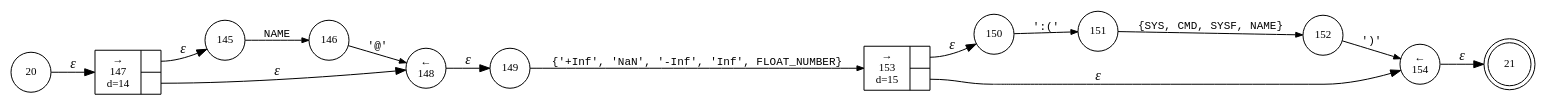
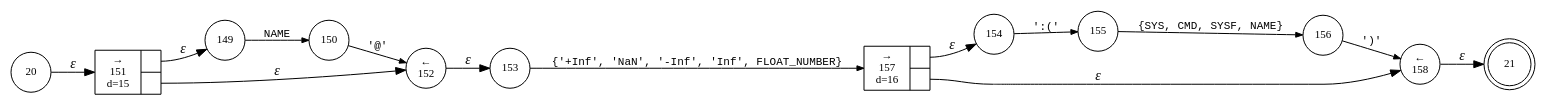
The diagram in internal/parser/Bund.float_term.dot (vulogov/Bund2), drawn with Graphviz before and after one commit. The commit also changed 38 other files, not shown here.

```diff
--- a/internal/parser/Bund.float_term.dot
+++ b/internal/parser/Bund.float_term.dot
@@ -1,28 +1,28 @@
 digraph ATN {
 rankdir=LR;
 s21[fontsize=11, label="21", shape=doublecircle, fixedsize=true, width=.6];
-s145[fontsize=11,label="145", shape=circle, fixedsize=true, width=.55, peripheries=1];
-s146[fontsize=11,label="146", shape=circle, fixedsize=true, width=.55, peripheries=1];
-s147[fontsize=11,label="{&rarr;\n147\nd=14|{<p0>|<p1>}}", shape=record, fixedsize=false, peripheries=1];
 s20[fontsize=11,label="20", shape=circle, fixedsize=true, width=.55, peripheries=1];
-s148[fontsize=11,label="&larr;\n148", shape=circle, fixedsize=true, width=.55, peripheries=1];
 s149[fontsize=11,label="149", shape=circle, fixedsize=true, width=.55, peripheries=1];
 s150[fontsize=11,label="150", shape=circle, fixedsize=true, width=.55, peripheries=1];
-s151[fontsize=11,label="151", shape=circle, fixedsize=true, width=.55, peripheries=1];
-s152[fontsize=11,label="152", shape=circle, fixedsize=true, width=.55, peripheries=1];
-s153[fontsize=11,label="{&rarr;\n153\nd=15|{<p0>|<p1>}}", shape=record, fixedsize=false, peripheries=1];
-s154[fontsize=11,label="&larr;\n154", shape=circle, fixedsize=true, width=.55, peripheries=1];
-s20 -> s147 [fontname="Times-Italic", label="&epsilon;"];
-s147:p0 -> s145 [fontname="Times-Italic", label="&epsilon;"];
-s147:p1 -> s148 [fontname="Times-Italic", label="&epsilon;"];
-s145 -> s146 [fontsize=11, fontname="Courier", arrowsize=.7, label = "NAME", arrowhead = normal];
-s148 -> s149 [fontname="Times-Italic", label="&epsilon;"];
-s146 -> s148 [fontsize=11, fontname="Courier", arrowsize=.7, label = "'@'", arrowhead = normal];
-s149 -> s153 [fontsize=11, fontname="Courier", arrowsize=.7, label = "{'+Inf', 'NaN', '-Inf', 'Inf', FLOAT_NUMBER}", arrowhead = normal];
-s153:p0 -> s150 [fontname="Times-Italic", label="&epsilon;"];
-s153:p1 -> s154 [fontname="Times-Italic", label="&epsilon;"];
-s150 -> s151 [fontsize=11, fontname="Courier", arrowsize=.7, label = "':('", arrowhead = normal];
-s154 -> s21 [fontname="Times-Italic", label="&epsilon;"];
-s151 -> s152 [fontsize=11, fontname="Courier", arrowsize=.7, label = "{SYS, CMD, SYSF, NAME}", arrowhead = normal];
-s152 -> s154 [fontsize=11, fontname="Courier", arrowsize=.7, label = "')'", arrowhead = normal];
+s151[fontsize=11,label="{&rarr;\n151\nd=15|{<p0>|<p1>}}", shape=record, fixedsize=false, peripheries=1];
+s152[fontsize=11,label="&larr;\n152", shape=circle, fixedsize=true, width=.55, peripheries=1];
+s153[fontsize=11,label="153", shape=circle, fixedsize=true, width=.55, peripheries=1];
+s154[fontsize=11,label="154", shape=circle, fixedsize=true, width=.55, peripheries=1];
+s155[fontsize=11,label="155", shape=circle, fixedsize=true, width=.55, peripheries=1];
+s156[fontsize=11,label="156", shape=circle, fixedsize=true, width=.55, peripheries=1];
+s157[fontsize=11,label="{&rarr;\n157\nd=16|{<p0>|<p1>}}", shape=record, fixedsize=false, peripheries=1];
+s158[fontsize=11,label="&larr;\n158", shape=circle, fixedsize=true, width=.55, peripheries=1];
+s20 -> s151 [fontname="Times-Italic", label="&epsilon;"];
+s151:p0 -> s149 [fontname="Times-Italic", label="&epsilon;"];
+s151:p1 -> s152 [fontname="Times-Italic", label="&epsilon;"];
+s149 -> s150 [fontsize=11, fontname="Courier", arrowsize=.7, label = "NAME", arrowhead = normal];
+s152 -> s153 [fontname="Times-Italic", label="&epsilon;"];
+s150 -> s152 [fontsize=11, fontname="Courier", arrowsize=.7, label = "'@'", arrowhead = normal];
+s153 -> s157 [fontsize=11, fontname="Courier", arrowsize=.7, label = "{'+Inf', 'NaN', '-Inf', 'Inf', FLOAT_NUMBER}", arrowhead = normal];
+s157:p0 -> s154 [fontname="Times-Italic", label="&epsilon;"];
+s157:p1 -> s158 [fontname="Times-Italic", label="&epsilon;"];
+s154 -> s155 [fontsize=11, fontname="Courier", arrowsize=.7, label = "':('", arrowhead = normal];
+s158 -> s21 [fontname="Times-Italic", label="&epsilon;"];
+s155 -> s156 [fontsize=11, fontname="Courier", arrowsize=.7, label = "{SYS, CMD, SYSF, NAME}", arrowhead = normal];
+s156 -> s158 [fontsize=11, fontname="Courier", arrowsize=.7, label = "')'", arrowhead = normal];
 }
```
